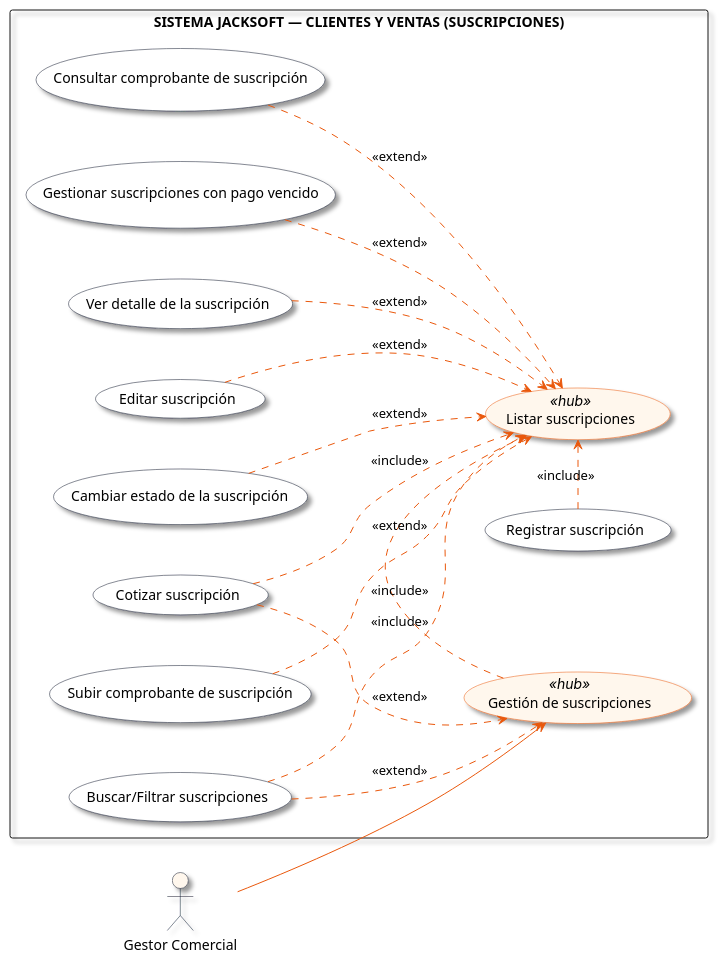
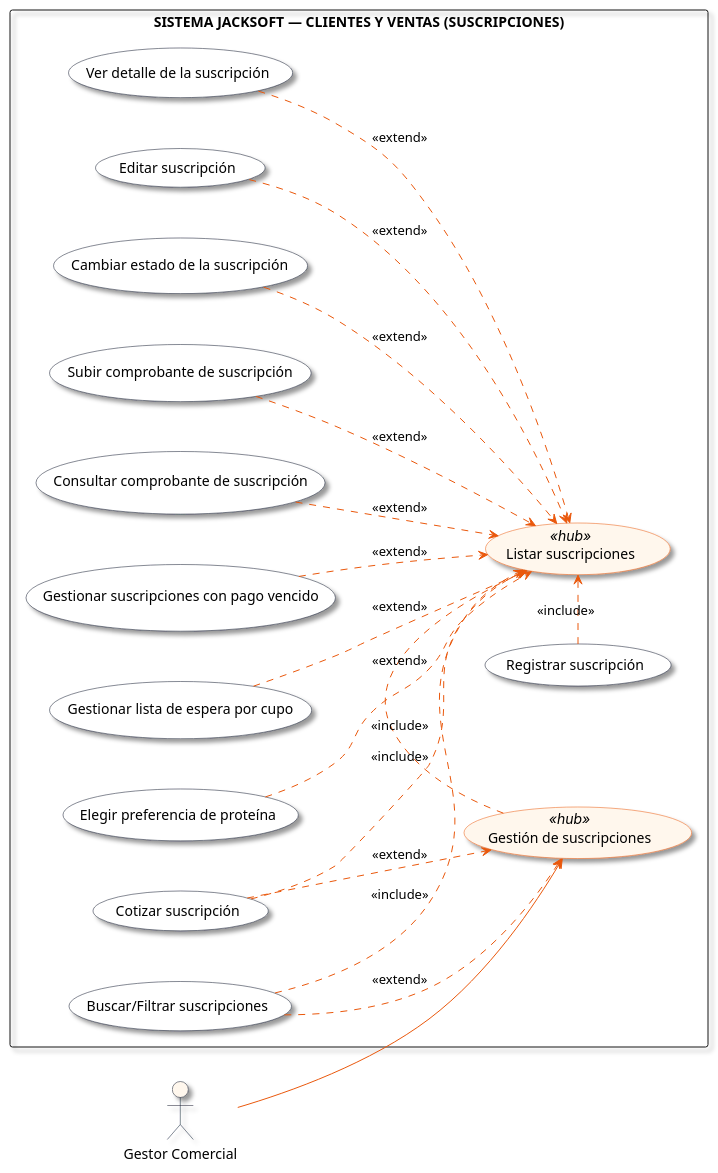
Before and after one commit to alejandrogomezmesa1/Documentacion_JackSoft: the diagram in Diagramas_PUML/SUSCRIPCIONES.puml, drawn with PlantUML. The commit also changed 55 other files, not shown here.

```diff
--- a/Diagramas_PUML/SUSCRIPCIONES.puml
+++ b/Diagramas_PUML/SUSCRIPCIONES.puml
@@ -1,54 +1,58 @@
 @startuml
 left to right direction
 skinparam packageStyle rectangle
 skinparam nodesep 50
 skinparam ranksep 70
 skinparam shadowing true
 skinparam defaultFontName "Inter, Arial, sans-serif"
 
 skinparam actor {
   BorderColor #0f172a
   BackgroundColor #fff7ed
 }
 
 skinparam usecase {
   BackgroundColor #ffffff
   BorderColor #0f172a
   ArrowColor #ea580c
 }
 
 skinparam usecase<<hub>> {
   BackgroundColor #fff7ed
   BorderColor #ea580c
 }
 
 actor "Gestor Comercial" as actor_user
 
 rectangle "SISTEMA JACKSOFT — CLIENTES Y VENTAS (SUSCRIPCIONES)" {
   usecase "Gestión de suscripciones" as UC_Hub <<hub>>
   usecase "Listar suscripciones" as UC_Central <<hub>>
   usecase "Cotizar suscripción" as UC_Top1
   usecase "Registrar suscripción" as UC_Top2
   usecase "Buscar/Filtrar suscripciones" as UC_Bot1
   usecase "Ver detalle de la suscripción" as UC_R1
   usecase "Editar suscripción" as UC_R2
   usecase "Cambiar estado de la suscripción" as UC_R3
   usecase "Subir comprobante de suscripción" as UC_R4
   usecase "Consultar comprobante de suscripción" as UC_R5
   usecase "Gestionar suscripciones con pago vencido" as UC_R6
+  usecase "Gestionar lista de espera por cupo" as UC_R7
+  usecase "Elegir preferencia de proteína" as UC_R8
 }
 
 actor_user --> UC_Hub
 UC_Hub .> UC_Central : <<include>>
 UC_Top1 ..> UC_Hub : <<extend>>
 UC_Top1 .> UC_Central : <<include>>
 UC_Top2 .> UC_Central : <<include>>
 UC_Bot1 ..> UC_Hub : <<extend>>
 UC_Bot1 .> UC_Central : <<include>>
 UC_R1 ..> UC_Central : <<extend>>
 UC_R2 ..> UC_Central : <<extend>>
 UC_R3 ..> UC_Central : <<extend>>
 UC_R4 ..> UC_Central : <<extend>>
 UC_R5 ..> UC_Central : <<extend>>
 UC_R6 ..> UC_Central : <<extend>>
+UC_R7 ..> UC_Central : <<extend>>
+UC_R8 ..> UC_Central : <<extend>>
 @enduml
```
